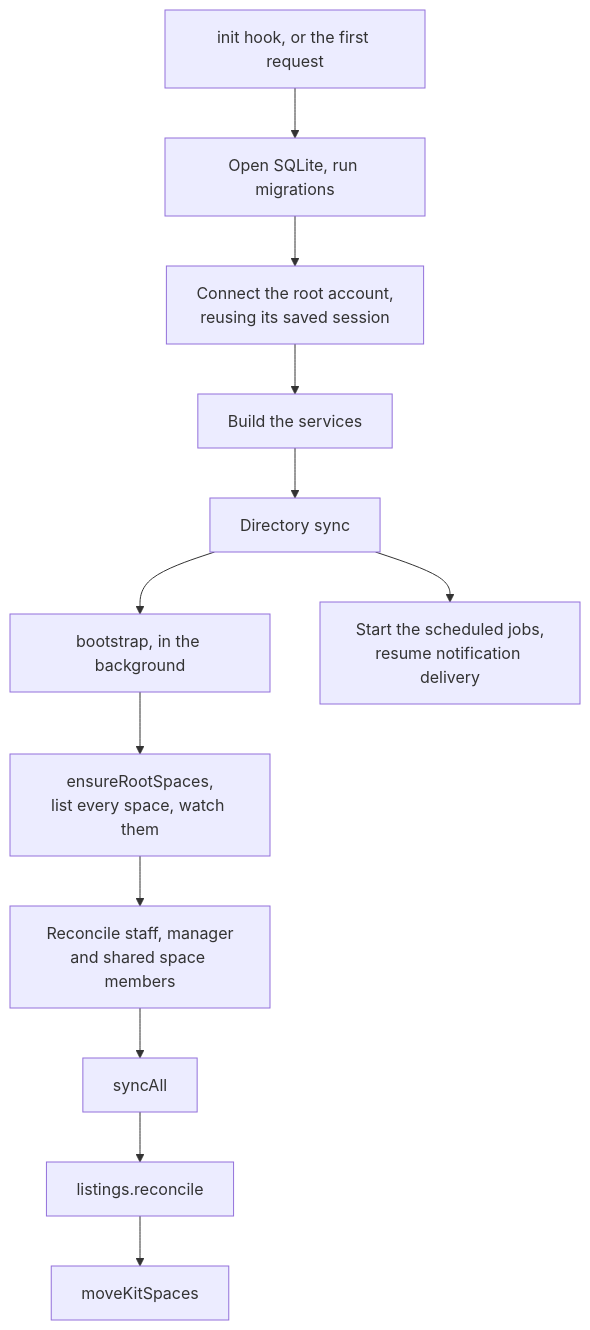
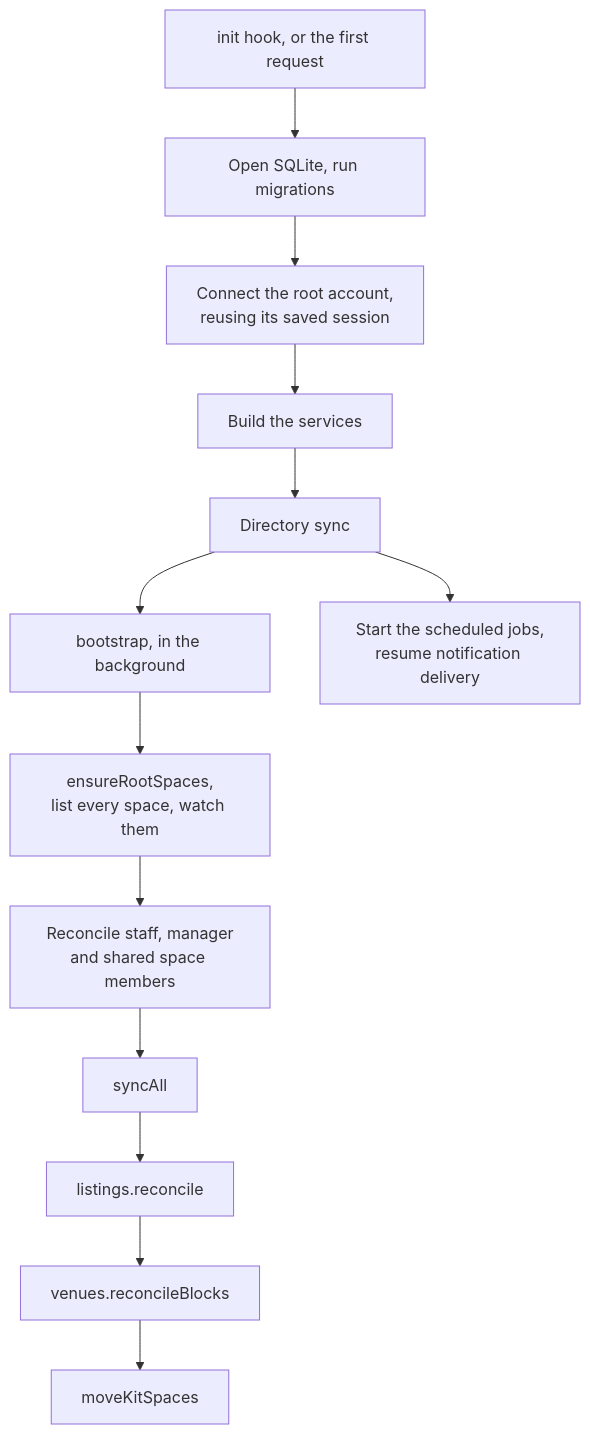
Before and after one commit to cutenode/localnetwork: the first of 7 diagrams in apps/web/docs/diagrams/jobs-and-directory.md, drawn with Mermaid. The commit also changed other lines of this file and 62 other files, not shown here.

````diff
--- a/apps/web/docs/diagrams/jobs-and-directory.md
+++ b/apps/web/docs/diagrams/jobs-and-directory.md
@@ -17,14 +17,15 @@
 ```mermaid
 flowchart TD
   Init["init hook, or the first request"] --> Db["Open SQLite, run migrations"]
   Db --> Root["Connect the root account,<br/>reusing its saved session"]
   Root --> Wire["Build the services"]
   Wire --> Dir["Directory sync"]
   Dir --> Boot["bootstrap, in the background"]
   Dir --> Timers["Start the scheduled jobs,<br/>resume notification delivery"]
   Boot --> Spaces["ensureRootSpaces,<br/>list every space, watch them"]
   Spaces --> Members["Reconcile staff, manager<br/>and shared space members"]
   Members --> Sync["syncAll"]
   Sync --> Listings["listings.reconcile"]
-  Listings --> Moves["moveKitSpaces"]
+  Listings --> Blocks["venues.reconcileBlocks"]
+  Blocks --> Moves["moveKitSpaces"]
 ```
````
